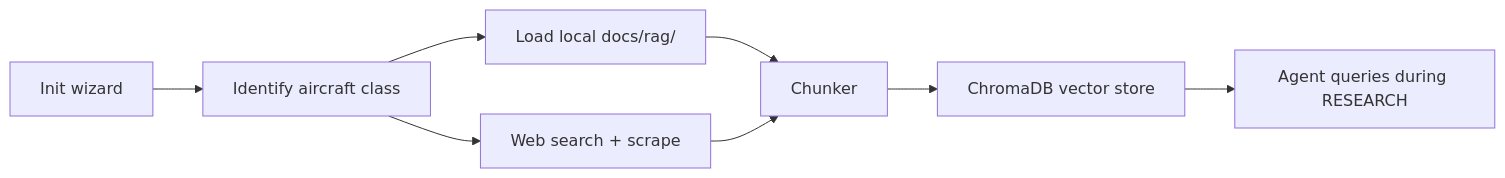
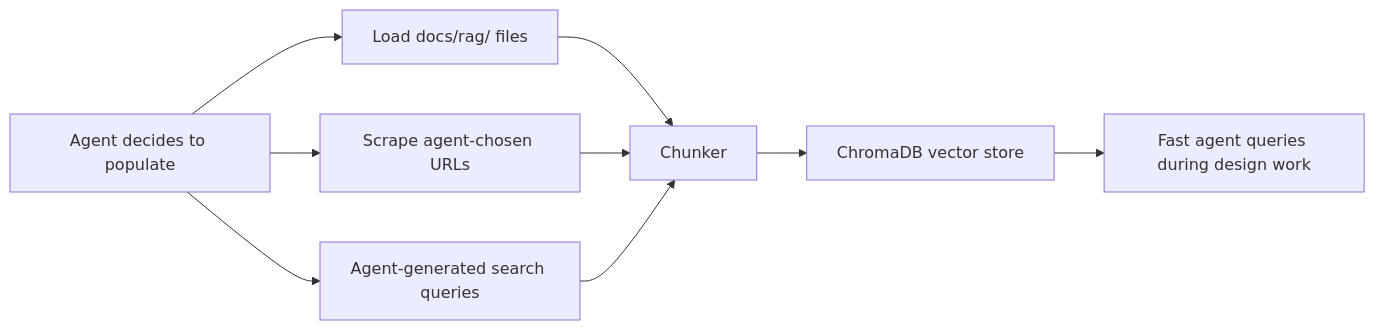
One commit to ipanov/aeroforge changed the diagram in docs/framework/rag-knowledge-base.md. Above: the diagram before and after it, drawn with Mermaid. The commit also changed other lines of this file and 5 other files, not shown here.

First line of the commit message:
Remove hardcoded aircraft types from RAG, make agent-driven

````diff
--- a/docs/framework/rag-knowledge-base.md
+++ b/docs/framework/rag-knowledge-base.md
@@ -10,10 +29,11 @@
 ```mermaid
 flowchart LR
-    A[Init wizard] --> B[Identify aircraft class]
-    B --> C[Load local docs/rag/]
-    B --> D[Web search + scrape]
-    C --> E[Chunker]
+    A[Agent decides to populate] --> B[Load docs/rag/ files]
+    A --> C[Scrape agent-chosen URLs]
+    A --> D[Agent-generated search queries]
+    B --> E[Chunker]
+    C --> E
     D --> E
     E --> F[ChromaDB vector store]
-    F --> G[Agent queries during RESEARCH]
+    F --> G[Fast agent queries during design work]
 ```
````
